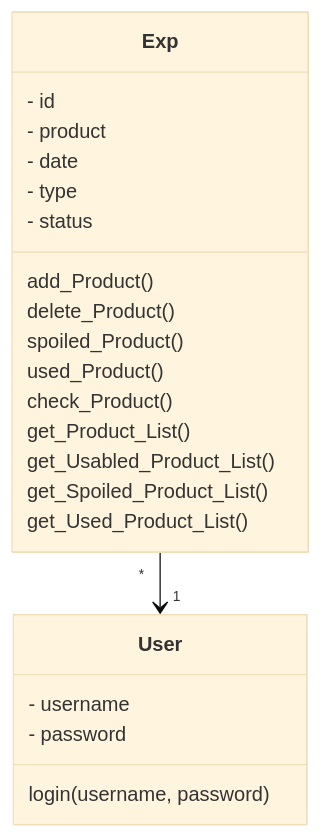
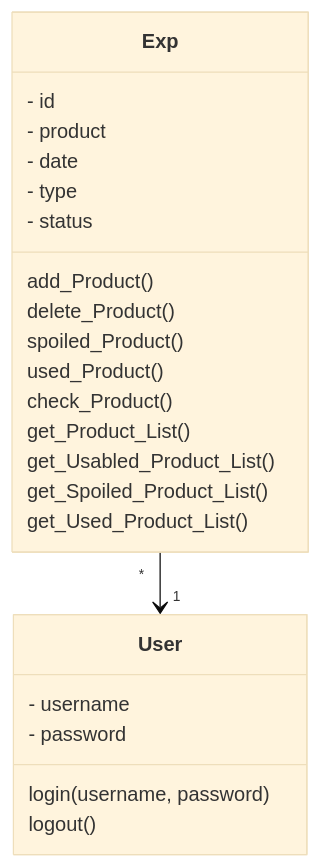
One commit to Eoyie/ot-harjoitustyo changed the diagram in harjoitustyo_luokkakaavio.md. Above: the diagram before and after it, drawn with Mermaid (base theme).

````diff
--- a/harjoitustyo_luokkakaavio.md
+++ b/harjoitustyo_luokkakaavio.md
@@ -1,25 +1,26 @@
 ```mermaid
   classDiagram
     Exp "*" --> "1" User
     class Exp{
         - id
         - product
         - date
         - type
         - status
         add_Product()
         delete_Product()
         spoiled_Product()
         used_Product()
         check_Product()
         get_Product_List()
         get_Usabled_Product_List()
         get_Spoiled_Product_List()
         get_Used_Product_List()
      }
      class User{
         - username
         - password
         login(username, password)
+        logout()
      }
 ```
````
